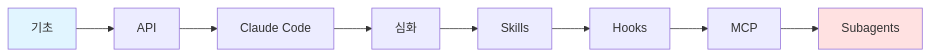
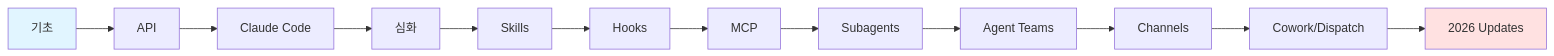
The diagram in tech/ai/claude/README.md (adszzz11/study), drawn with Mermaid before and after one commit. The commit also changed other lines of this file and 3 other files, not shown here.

Commit message:
📝 [docs] Claude 2026 최신 업데이트 학습 노트 추가 (Channels, Cowork/Dispatch, 총정리)

````diff
--- a/tech/ai/claude/README.md
+++ b/tech/ai/claude/README.md
@@ -18,13 +18,17 @@
 ```mermaid
 graph LR
     A[기초] --> B[API]
     B --> C[Claude Code]
     C --> D[심화]
     D --> E[Skills]
     E --> F[Hooks]
     F --> G[MCP]
     G --> H[Subagents]
+    H --> I[Agent Teams]
+    I --> J[Channels]
+    J --> K[Cowork/Dispatch]
+    K --> L[2026 Updates]
 
     style A fill:#e1f5ff
-    style H fill:#ffe1e1
+    style L fill:#ffe1e1
 ```
````
